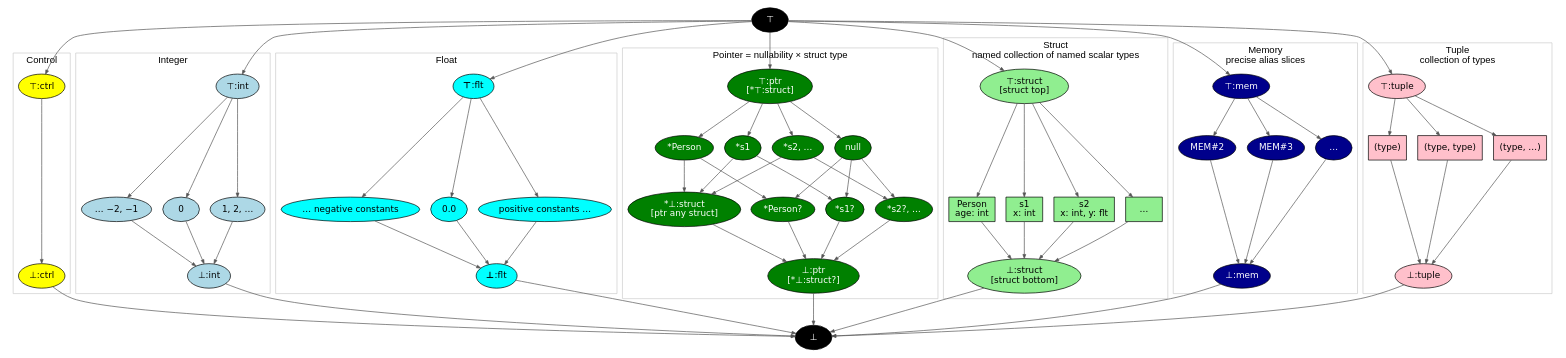
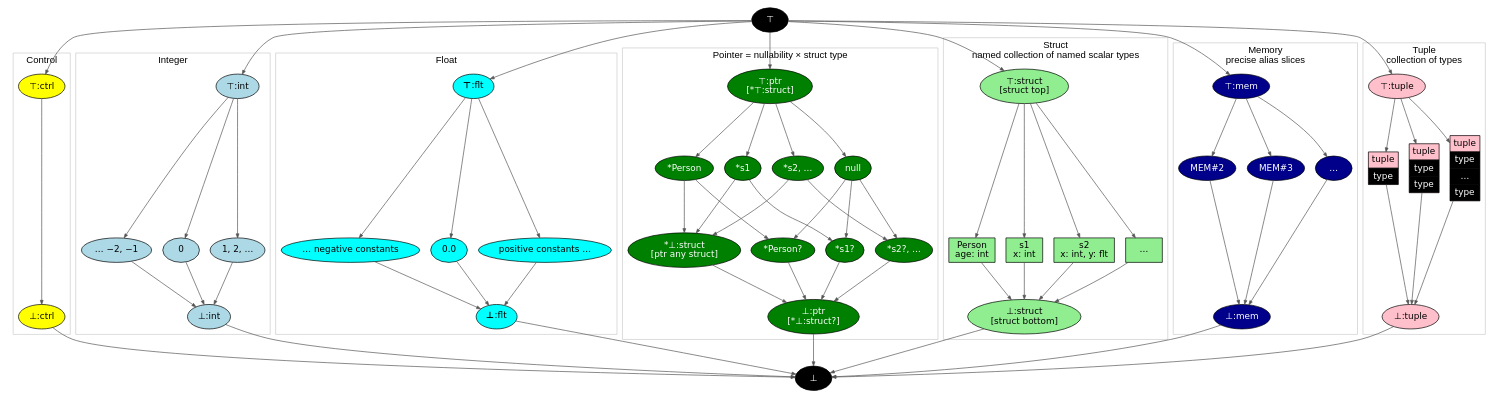
Before and after one commit to SeaOfNodes/Simple: the diagram in chapter12/docs/lattice.gv, drawn with Graphviz. The commit also changed 49 other files, not shown here.

```diff
--- a/chapter12/docs/lattice.gv
+++ b/chapter12/docs/lattice.gv
@@ -1,135 +1,154 @@
 digraph Lattice {
     rankdir=TB;
     newrank=true;
     // Preserve the same-rank ordering edges through cluster layout.
     remincross=false;
     nodesep=0.22;
     ranksep=0.65;
     node [shape=ellipse, style=filled, fontname="DejaVu Sans", fontsize=13];
     edge [color="#555555", arrowsize=0.6];
 
     // These arrows are lattice-order edges, not use/definition edges.
     TOP [label="⊤", fillcolor=black, fontcolor=white];
     BOT [label="⊥", fillcolor=black, fontcolor=white];
 
     subgraph cluster_control {
         label="Control"; fontname="Arial"; color="#cccccc";
         node [fillcolor="#ffff00"];
         XCTRL [label="⊤:ctrl"];
         CTRL [label="⊥:ctrl"];
         XCTRL -> CTRL;
     }
 
     subgraph cluster_integer {
         label="Integer"; fontname="Arial"; color="#cccccc";
         node [fillcolor="#add8e6"];
         INT_TOP [label="⊤:int"];
         INT_BOT [label="⊥:int"];
         INT_NEG [label="… −2, −1"];
         INT_ZERO [label="0"];
         INT_POS [label="1, 2, …"];
         {rank=same; INT_NEG; INT_ZERO; INT_POS;}
         INT_NEG -> INT_ZERO -> INT_POS [style=invis];
         INT_TOP -> {INT_NEG INT_ZERO INT_POS};
         {INT_NEG INT_ZERO INT_POS} -> INT_BOT;
     }
 
     subgraph cluster_float {
         label="Float"; fontname="Arial"; color="#cccccc";
         FLT_TOP [label=<<B>⊤</B >:flt>, fillcolor=aqua, shape=oval];
         FLT_BOT [label=<<B>⊥</B>:flt>, fillcolor=aqua, shape=oval];
 
         FLT_MINDOTS [label="… negative constants", fillcolor=aqua, shape=oval];
         FLT_ZERO    [label="0.0"  , fillcolor=aqua];
         FLT_MAXDOTS [label="positive constants …", fillcolor=aqua, shape=oval];
 
         FLT_TOP     -> FLT_MINDOTS;
         FLT_TOP     -> FLT_ZERO;
         FLT_TOP     -> FLT_MAXDOTS;
         FLT_MINDOTS -> FLT_BOT;
         FLT_ZERO    -> FLT_BOT;
         FLT_MAXDOTS -> FLT_BOT;
 
         FLT_MINDOTS -> FLT_ZERO -> FLT_MAXDOTS [style=invis];
 
         {rank=same; FLT_MINDOTS; FLT_ZERO; FLT_MAXDOTS;}
     }
 
     subgraph cluster_pointer {
         label="Pointer = nullability × struct type";
         fontname="Arial"; color="#cccccc";
         node [fillcolor="#008000", fontcolor=white];
         PTR_TOP [label="⊤:ptr\n[*⊤:struct]"];
         PTR_BOT [label="⊥:ptr\n[*⊥:struct?]"];
         PTR_NULL [label="null"];
         PTR_ANY [label="*⊥:struct\n[ptr any struct]"];
         PTR_PERSON [label="*Person"];
         PTR_S1 [label="*s1"];
         PTR_MORE [label="*s2, …"];
         PTR_PERSON_NIL [label="*Person?"];
         PTR_S1_NIL [label="*s1?"];
         PTR_MORE_NIL [label="*s2?, …"];
         {rank=same; PTR_PERSON; PTR_S1; PTR_MORE; PTR_NULL;}
         {rank=same; PTR_ANY; PTR_PERSON_NIL; PTR_S1_NIL; PTR_MORE_NIL;}
         PTR_PERSON -> PTR_S1 -> PTR_MORE -> PTR_NULL [style=invis];
         PTR_ANY -> PTR_PERSON_NIL -> PTR_S1_NIL -> PTR_MORE_NIL [style=invis];
         PTR_TOP -> {PTR_PERSON PTR_S1 PTR_MORE PTR_NULL};
         {PTR_PERSON PTR_S1 PTR_MORE} -> PTR_ANY;
         PTR_PERSON -> PTR_PERSON_NIL;
         PTR_S1 -> PTR_S1_NIL;
         PTR_MORE -> PTR_MORE_NIL;
         PTR_NULL -> {PTR_PERSON_NIL PTR_S1_NIL PTR_MORE_NIL};
         {PTR_ANY PTR_PERSON_NIL PTR_S1_NIL PTR_MORE_NIL} -> PTR_BOT;
     }
 
     subgraph cluster_struct {
         label="Struct\nnamed collection of named scalar types";
         fontname="Arial"; color="#cccccc";
         node [fillcolor="#90ee90"];
         STRUCT_TOP [label="⊤:struct\n[struct top]"];
         STRUCT_BOT [label="⊥:struct\n[struct bottom]"];
         STRUCT_PERSON [label="Person\nage: int", shape=box];
         STRUCT_S1 [label="s1\nx: int", shape=box];
         STRUCT_S2 [label="s2\nx: int, y: flt", shape=box];
         STRUCT_MORE [label="…", shape=box];
         {rank=same; STRUCT_PERSON; STRUCT_S1; STRUCT_S2; STRUCT_MORE;}
         STRUCT_PERSON -> STRUCT_S1 -> STRUCT_S2 -> STRUCT_MORE [style=invis];
         STRUCT_TOP -> {STRUCT_PERSON STRUCT_S1 STRUCT_S2 STRUCT_MORE};
         {STRUCT_PERSON STRUCT_S1 STRUCT_S2 STRUCT_MORE} -> STRUCT_BOT;
     }
 
     subgraph cluster_memory {
         label="Memory\nprecise alias slices"; fontname="Arial"; color="#cccccc";
         node [fillcolor="#00008b", fontcolor=white];
         MEM_TOP [label="⊤:mem"];
         MEM_BOT [label="⊥:mem"];
         MEM_ALIAS2 [label="MEM#2"];
         MEM_ALIAS3 [label="MEM#3"];
         MEM_MORE [label="…"];
         {rank=same; MEM_ALIAS2; MEM_ALIAS3; MEM_MORE;}
         MEM_ALIAS2 -> MEM_ALIAS3 -> MEM_MORE [style=invis];
         MEM_TOP -> {MEM_ALIAS2 MEM_ALIAS3 MEM_MORE};
         {MEM_ALIAS2 MEM_ALIAS3 MEM_MORE} -> MEM_BOT;
     }
 
     subgraph cluster_tuple {
         label="Tuple\ncollection of types";
         fontname="Arial"; color="#cccccc";
         node [fillcolor="#ffc0cb"];
         TUPLE_TOP [label="⊤:tuple"];
         TUPLE_BOT [label="⊥:tuple"];
-        TUPLE1 [label="(type)", shape=box];
-        TUPLE2 [label="(type, type)", shape=box];
-        TUPLEN [label="(type, …)", shape=box];
+        // Each black element stands for a recursively nested type lattice.
+        TUPLE1 [shape=plain, label=<
+            <TABLE BORDER="0" CELLBORDER="1" CELLSPACING="0" CELLPADDING="4">
+                <TR><TD BGCOLOR="#ffc0cb">tuple</TD></TR>
+                <TR><TD BGCOLOR="black"><FONT COLOR="white">type</FONT></TD></TR>
+            </TABLE>
+        >];
+        TUPLE2 [shape=plain, label=<
+            <TABLE BORDER="0" CELLBORDER="1" CELLSPACING="0" CELLPADDING="4">
+                <TR><TD BGCOLOR="#ffc0cb">tuple</TD></TR>
+                <TR><TD BGCOLOR="black"><FONT COLOR="white">type</FONT></TD></TR>
+                <TR><TD BGCOLOR="black"><FONT COLOR="white">type</FONT></TD></TR>
+            </TABLE>
+        >];
+        TUPLEN [shape=plain, label=<
+            <TABLE BORDER="0" CELLBORDER="1" CELLSPACING="0" CELLPADDING="4">
+                <TR><TD BGCOLOR="#ffc0cb">tuple</TD></TR>
+                <TR><TD BGCOLOR="black"><FONT COLOR="white">type</FONT></TD></TR>
+                <TR><TD BGCOLOR="black"><FONT COLOR="white">…</FONT></TD></TR>
+                <TR><TD BGCOLOR="black"><FONT COLOR="white">type</FONT></TD></TR>
+            </TABLE>
+        >];
         {rank=same; TUPLE1; TUPLE2; TUPLEN;}
         TUPLE1 -> TUPLE2 -> TUPLEN [style=invis];
         TUPLE_TOP -> {TUPLE1 TUPLE2 TUPLEN};
         {TUPLE1 TUPLE2 TUPLEN} -> TUPLE_BOT;
     }
 
     TOP -> {XCTRL INT_TOP FLT_TOP PTR_TOP STRUCT_TOP MEM_TOP TUPLE_TOP};
     {CTRL INT_BOT FLT_BOT PTR_BOT STRUCT_BOT MEM_BOT TUPLE_BOT} -> BOT;
     {rank=same; XCTRL; INT_TOP; FLT_TOP; PTR_TOP; STRUCT_TOP; MEM_TOP; TUPLE_TOP;}
     {rank=same; CTRL; INT_BOT; FLT_BOT; PTR_BOT; STRUCT_BOT; MEM_BOT; TUPLE_BOT;}
     XCTRL -> INT_TOP -> FLT_TOP -> PTR_TOP -> STRUCT_TOP -> MEM_TOP -> TUPLE_TOP [style=invis];
 }
```
